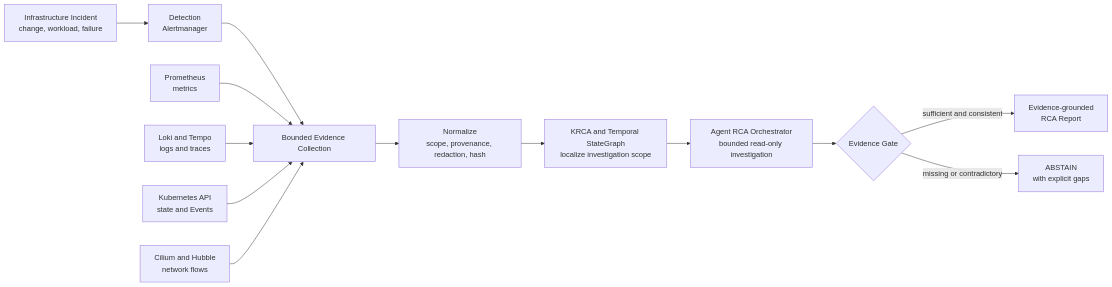
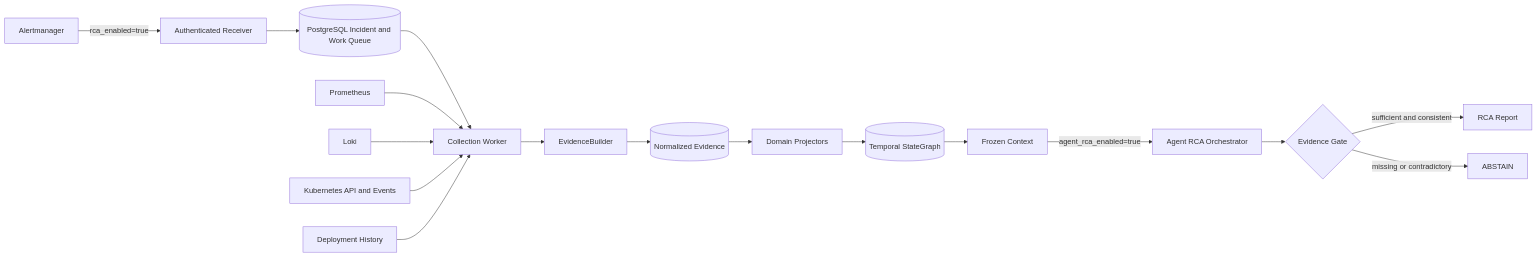
Before and after one commit to kyunghoon02/agent-RCA: the diagram in README.md, drawn with Mermaid. The commit also changed other lines of this file, not shown here.

````diff
--- a/README.md
+++ b/README.md
@@ -22,17 +25,21 @@
 ```mermaid
 flowchart LR
-    I[Infrastructure Incident<br/>change, workload, failure] --> D[Detection<br/>Alertmanager]
-    D --> C[Bounded Evidence Collection]
+    AM[Alertmanager] -->|rca_enabled=true| RX[Authenticated Receiver]
+    RX --> Q[(PostgreSQL Incident and Work Queue)]
+    Q --> CW[Collection Worker]
 
-    M[Prometheus<br/>metrics] --> C
-    L[Loki and Tempo<br/>logs and traces] --> C
-    K[Kubernetes API<br/>state and Events] --> C
-    H[Cilium and Hubble<br/>network flows] --> C
+    P[Prometheus] --> CW
+    L[Loki] --> CW
+    K[Kubernetes API and Events] --> CW
+    D[Deployment History] --> CW
 
-    C --> N[Normalize<br/>scope, provenance, redaction, hash]
-    N --> S[KRCA and Temporal StateGraph<br/>localize investigation scope]
-    S --> A[Agent RCA Orchestrator<br/>bounded read-only investigation]
-    A --> G{Evidence Gate}
-    G -->|sufficient and consistent| R[Evidence-grounded<br/>RCA Report]
-    G -->|missing or contradictory| X[ABSTAIN<br/>with explicit gaps]
+    CW --> EB[EvidenceBuilder]
+    EB --> E[(Normalized Evidence)]
+    E --> PJ[Domain Projectors]
+    PJ --> SG[(Temporal StateGraph)]
+    SG --> FC[Frozen Context]
+    FC -->|agent_rca_enabled=true| AO[Agent RCA Orchestrator]
+    AO --> EG{Evidence Gate}
+    EG -->|sufficient and consistent| R[RCA Report]
+    EG -->|missing or contradictory| A[ABSTAIN]
 ```
````
